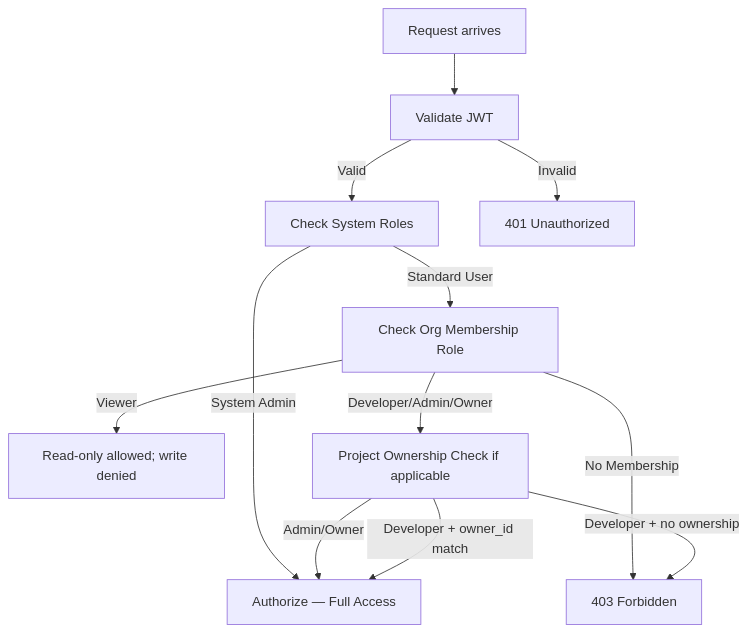
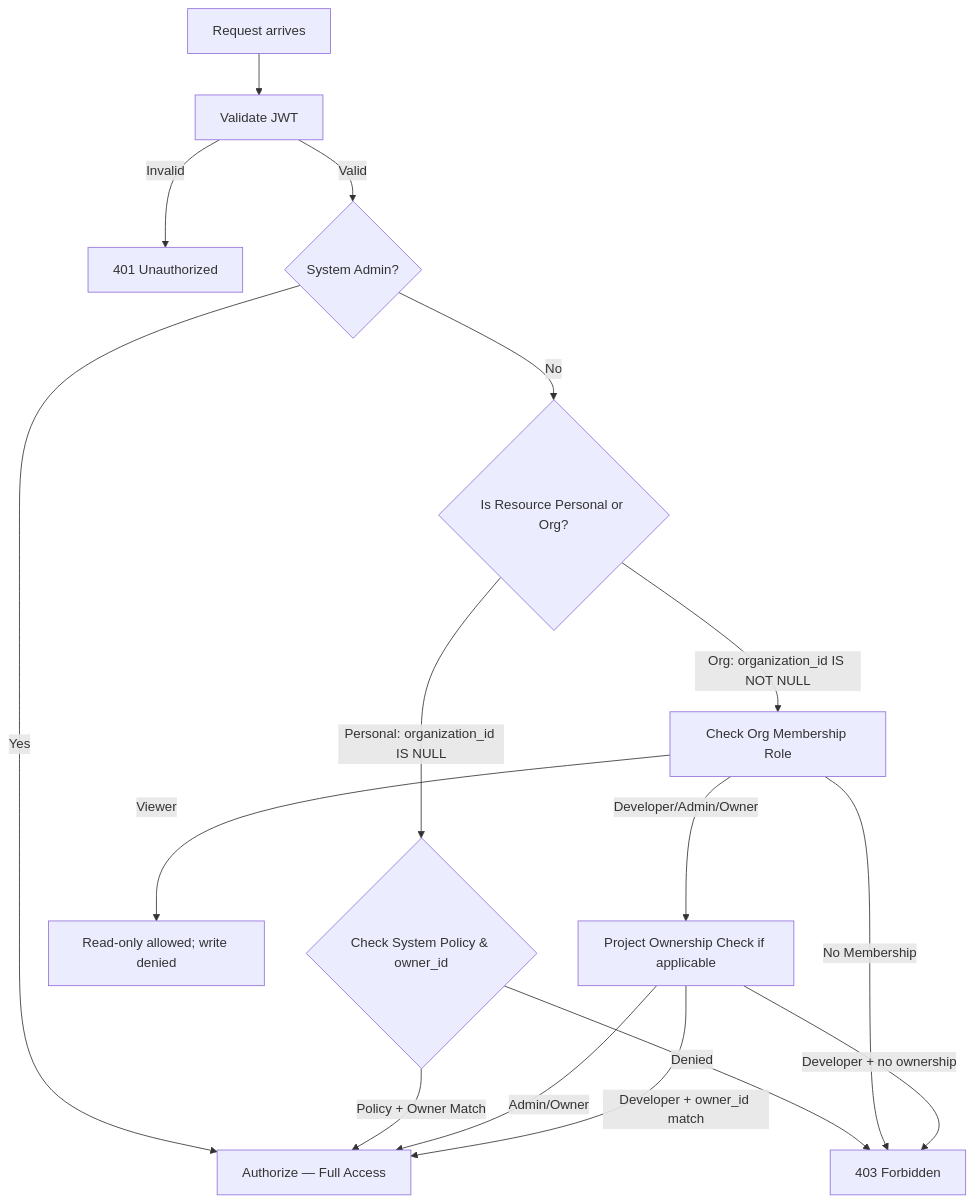
Before and after one commit to mislam-dev/forge: the second of 4 diagrams in docs/system/04-security/security-architecture.md, drawn with Mermaid. The commit also changed other lines of this file and 10 other files, not shown here.

Commit message:
feat: add support for personal projects by making organization_id optional in database schema and API documentation

````diff
--- a/docs/system/04-security/security-architecture.md
+++ b/docs/system/04-security/security-architecture.md
@@ -95,14 +97,21 @@
 ```mermaid
 flowchart TD
     REQ[Request arrives] --> JWT[Validate JWT]
-    JWT -->|Valid| SYSROLE[Check System Roles]
     JWT -->|Invalid| R401[401 Unauthorized]
-    SYSROLE -->|System Admin| ALLOW[Authorize — Full Access]
-    SYSROLE -->|Standard User| ORGROLE[Check Org Membership Role]
-    ORGROLE -->|No Membership| R403[403 Forbidden]
+    JWT -->|Valid| SYSROLE{System Admin?}
+    
+    SYSROLE -->|Yes| ALLOW[Authorize — Full Access]
+    SYSROLE -->|No| WSCHECK{Is Resource Personal or Org?}
+    
+    WSCHECK -->|Personal: organization_id IS NULL| PGUARD{Check System Policy & owner_id}
+    PGUARD -->|Policy + Owner Match| ALLOW
+    PGUARD -->|Denied| R403[403 Forbidden]
+    
+    WSCHECK -->|Org: organization_id IS NOT NULL| ORGROLE[Check Org Membership Role]
+    ORGROLE -->|No Membership| R403
     ORGROLE -->|Viewer| READONLY[Read-only allowed; write denied]
     ORGROLE -->|Developer/Admin/Owner| PROJCHECK[Project Ownership Check if applicable]
     PROJCHECK -->|Admin/Owner| ALLOW
     PROJCHECK -->|Developer + owner_id match| ALLOW
     PROJCHECK -->|Developer + no ownership| R403
 ```
````
